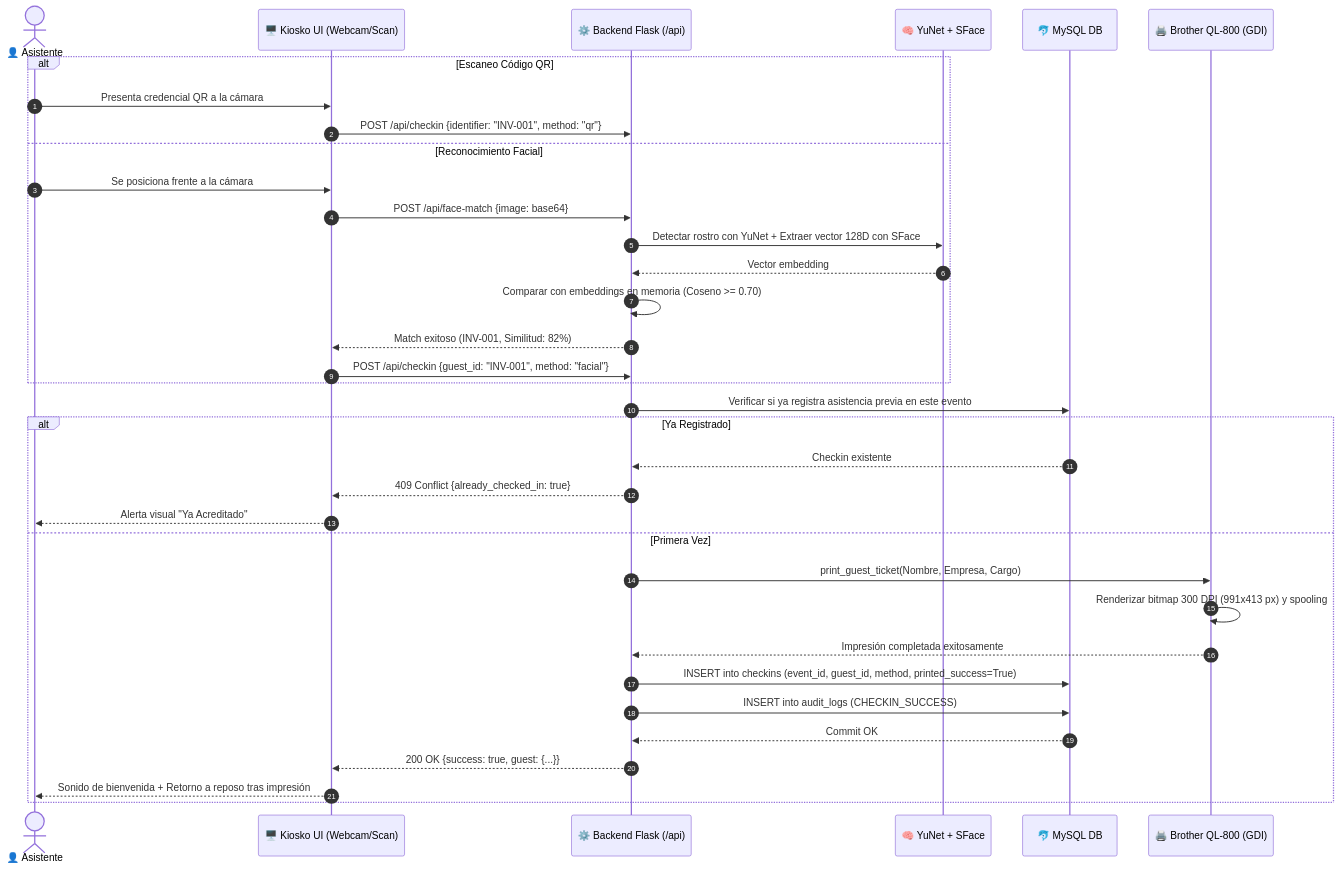
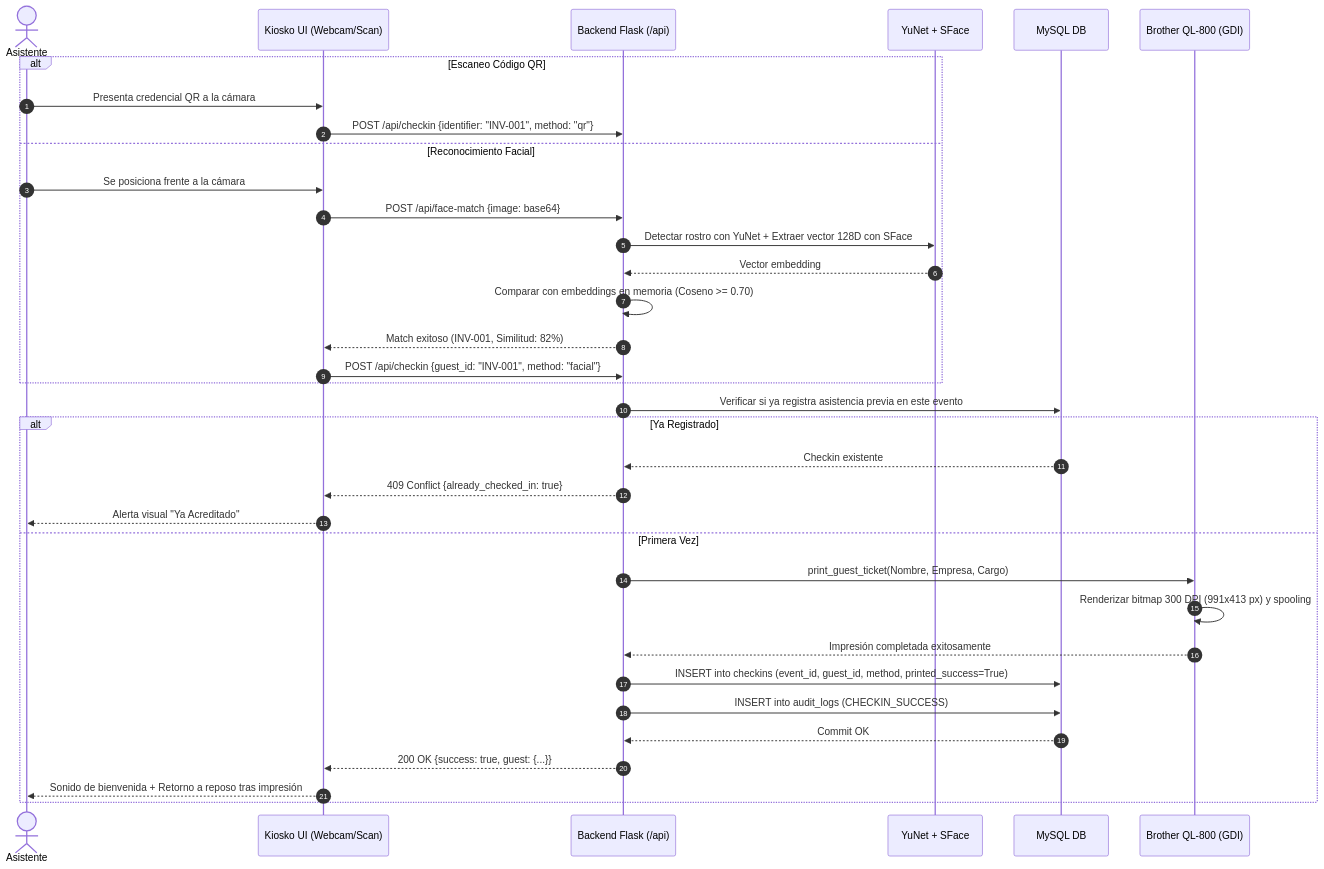
The second of 4 diagrams in ARQUITECTURA_Y_FUNCIONAMIENTO.md (BryShdw/CheckIn-Demo), drawn with Mermaid before and after one commit. The commit also changed other lines of this file and 13 other files, not shown here.

````diff
--- a/ARQUITECTURA_Y_FUNCIONAMIENTO.md
+++ b/ARQUITECTURA_Y_FUNCIONAMIENTO.md
@@ -179,39 +179,39 @@
 ```mermaid
 sequenceDiagram
-    autonumber
-    actor Invitado as 👤 Asistente
-    participant Kiosko as 🖥️ Kiosko UI (Webcam/Scan)
-    participant Backend as ⚙️ Backend Flask (/api)
-    participant FaceEngine as 🧠 YuNet + SFace
-    participant DB as 🐬 MySQL DB
-    participant Printer as 🖨️ Brother QL-800 (GDI)
+ autonumber
+ actor Invitado as Asistente
+ participant Kiosko as  Kiosko UI (Webcam/Scan)
+ participant Backend as  Backend Flask (/api)
+ participant FaceEngine as YuNet + SFace
+ participant DB as MySQL DB
+ participant Printer as  Brother QL-800 (GDI)
 
-    alt Escaneo Código QR
-        Invitado->>Kiosko: Presenta credencial QR a la cámara
-        Kiosko->>Backend: POST /api/checkin {identifier: "INV-001", method: "qr"}
-    else Reconocimiento Facial
-        Invitado->>Kiosko: Se posiciona frente a la cámara
-        Kiosko->>Backend: POST /api/face-match {image: base64}
-        Backend->>FaceEngine: Detectar rostro con YuNet + Extraer vector 128D con SFace
-        FaceEngine-->>Backend: Vector embedding
-        Backend->>Backend: Comparar con embeddings en memoria (Coseno >= 0.70)
-        Backend-->>Kiosko: Match exitoso (INV-001, Similitud: 82%)
-        Kiosko->>Backend: POST /api/checkin {guest_id: "INV-001", method: "facial"}
-    end
+ alt Escaneo Código QR
+ Invitado->>Kiosko: Presenta credencial QR a la cámara
+ Kiosko->>Backend: POST /api/checkin {identifier: "INV-001", method: "qr"}
+ else Reconocimiento Facial
+ Invitado->>Kiosko: Se posiciona frente a la cámara
+ Kiosko->>Backend: POST /api/face-match {image: base64}
+ Backend->>FaceEngine: Detectar rostro con YuNet + Extraer vector 128D con SFace
+ FaceEngine-->>Backend: Vector embedding
+ Backend->>Backend: Comparar con embeddings en memoria (Coseno >= 0.70)
+ Backend-->>Kiosko: Match exitoso (INV-001, Similitud: 82%)
+ Kiosko->>Backend: POST /api/checkin {guest_id: "INV-001", method: "facial"}
+ end
 
-    Backend->>DB: Verificar si ya registra asistencia previa en este evento
-    alt Ya Registrado
-        DB-->>Backend: Checkin existente
-        Backend-->>Kiosko: 409 Conflict {already_checked_in: true}
-        Kiosko-->>Invitado: Alerta visual "Ya Acreditado"
-    else Primera Vez
-        Backend->>Printer: print_guest_ticket(Nombre, Empresa, Cargo)
-        Printer->>Printer: Renderizar bitmap 300 DPI (991x413 px) y spooling
-        Printer-->>Backend: Impresión completada exitosamente
-        Backend->>DB: INSERT into checkins (event_id, guest_id, method, printed_success=True)
-        Backend->>DB: INSERT into audit_logs (CHECKIN_SUCCESS)
-        DB-->>Backend: Commit OK
-        Backend-->>Kiosko: 200 OK {success: true, guest: {...}}
-        Kiosko-->>Invitado: Sonido de bienvenida + Retorno a reposo tras impresión
-    end
+ Backend->>DB: Verificar si ya registra asistencia previa en este evento
+ alt Ya Registrado
+ DB-->>Backend: Checkin existente
+ Backend-->>Kiosko: 409 Conflict {already_checked_in: true}
+ Kiosko-->>Invitado: Alerta visual "Ya Acreditado"
+ else Primera Vez
+ Backend->>Printer: print_guest_ticket(Nombre, Empresa, Cargo)
+ Printer->>Printer: Renderizar bitmap 300 DPI (991x413 px) y spooling
+ Printer-->>Backend: Impresión completada exitosamente
+ Backend->>DB: INSERT into checkins (event_id, guest_id, method, printed_success=True)
+ Backend->>DB: INSERT into audit_logs (CHECKIN_SUCCESS)
+ DB-->>Backend: Commit OK
+ Backend-->>Kiosko: 200 OK {success: true, guest: {...}}
+ Kiosko-->>Invitado: Sonido de bienvenida + Retorno a reposo tras impresión
+ end
 ```
````
